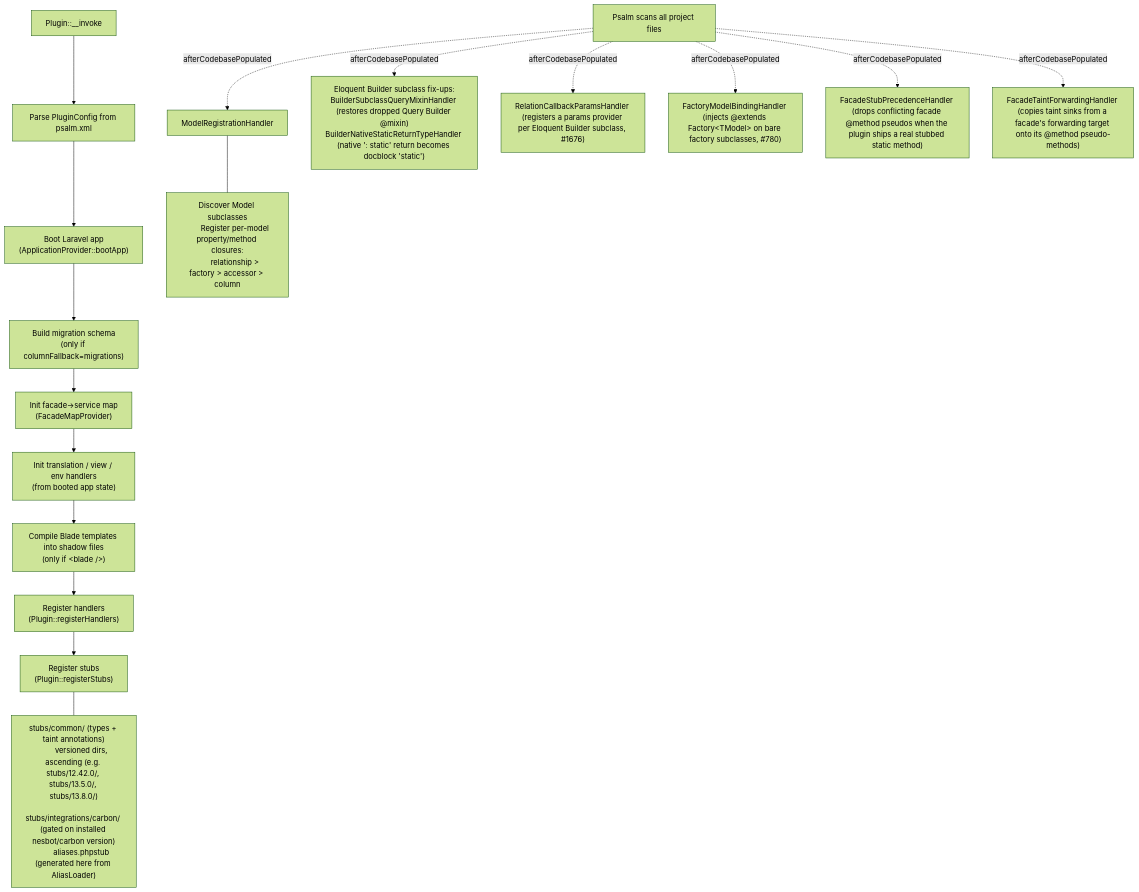
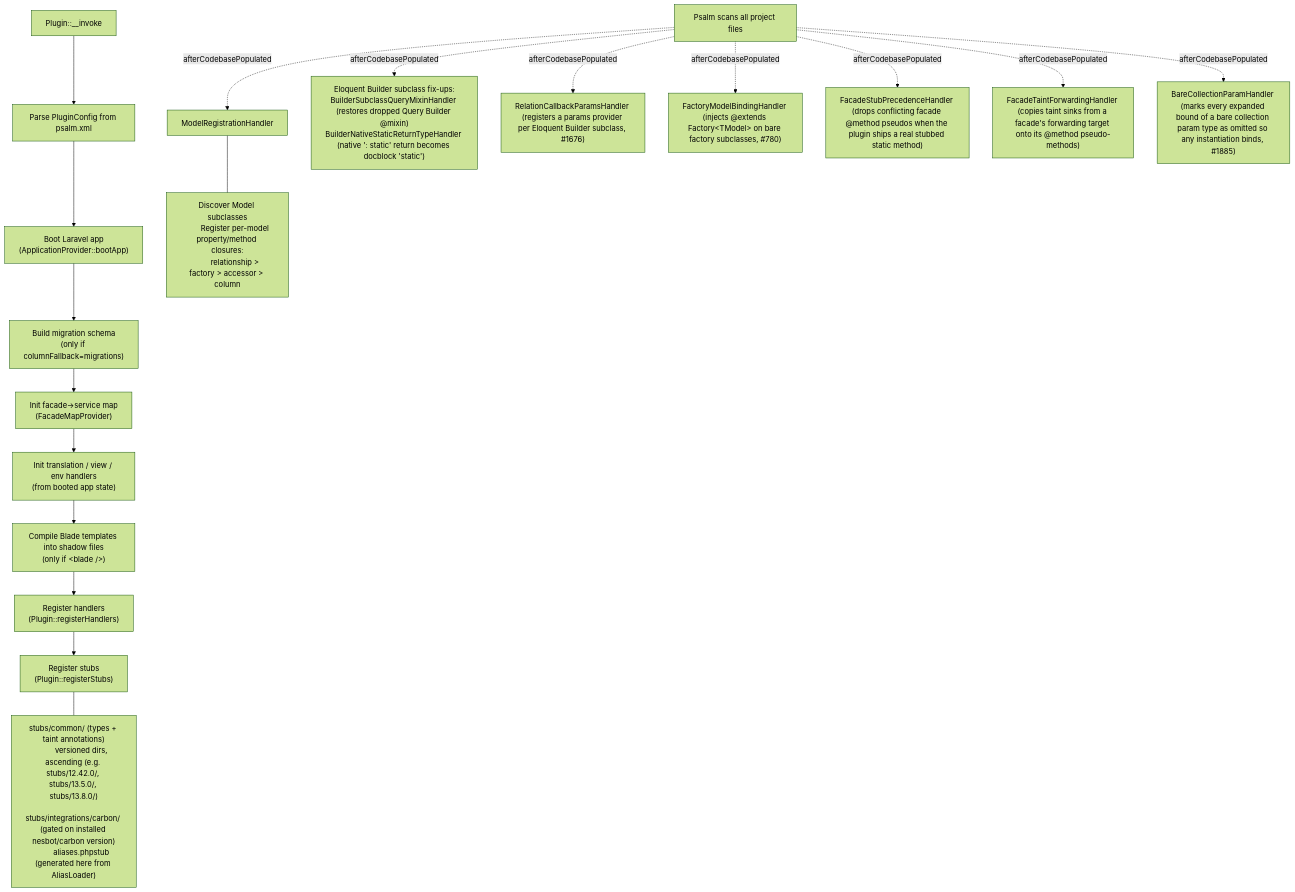
Before and after one commit to psalm/psalm-plugin-laravel: the first of 2 diagrams in docs/contributing/README.md, drawn with Mermaid (forest theme). The commit also changed 6 other files, not shown here.

First line of the commit message:
fix(collections): accept any instantiation for bare collection params #1885

````diff
--- a/docs/contributing/README.md
+++ b/docs/contributing/README.md
@@ -19,30 +19,31 @@
 ```mermaid
 flowchart TD
     A["Plugin::__invoke"] --> B["Parse PluginConfig from psalm.xml"]
     B --> C["Boot Laravel app\n(ApplicationProvider::bootApp)"]
     C --> D["Build migration schema\n(only if columnFallback=migrations)"]
     D --> E["Init facade→service map\n(FacadeMapProvider)"]
     E --> F["Init translation / view / env handlers\n(from booted app state)"]
     F --> BL["Compile Blade templates into shadow files\n(only if &lt;blade /&gt;)"]
     BL --> G["Register handlers\n(Plugin::registerHandlers)"]
     G --> H["Register stubs\n(Plugin::registerStubs)"]
 
     H --- stubs["
         stubs/common/ (types + taint annotations)
         versioned dirs, ascending (e.g. stubs/12.42.0/, stubs/13.5.0/, stubs/13.8.0/)
         stubs/integrations/carbon/ (gated on installed nesbot/carbon version)
         aliases.phpstub (generated here from AliasLoader)
     "]
 
     I["Psalm scans all project files"] -.->|afterCodebasePopulated| J["ModelRegistrationHandler"]
     I -.->|afterCodebasePopulated| K["Eloquent Builder subclass fix-ups:\nBuilderSubclassQueryMixinHandler (restores dropped Query Builder @mixin)\nBuilderNativeStaticReturnTypeHandler (native ': static' return becomes docblock 'static')"]
     I -.->|afterCodebasePopulated| RCP["RelationCallbackParamsHandler (registers a params provider per Eloquent Builder subclass, #1676)"]
     I -.->|afterCodebasePopulated| FMB["FactoryModelBindingHandler (injects @extends Factory&lt;TModel&gt; on bare factory subclasses, #780)"]
     I -.->|afterCodebasePopulated| FSP["FacadeStubPrecedenceHandler (drops conflicting facade @method pseudos when the plugin ships a real stubbed static method)"]
     I -.->|afterCodebasePopulated| FTF["FacadeTaintForwardingHandler (copies taint sinks from a facade's forwarding target onto its @method pseudo-methods)"]
+    I -.->|afterCodebasePopulated| BCP["BareCollectionParamHandler (marks every expanded bound of a bare collection param type as omitted so any instantiation binds, #1885)"]
     J --- models["
         Discover Model subclasses
         Register per-model property/method closures:
         relationship > factory > accessor > column
     "]
 ```
````
